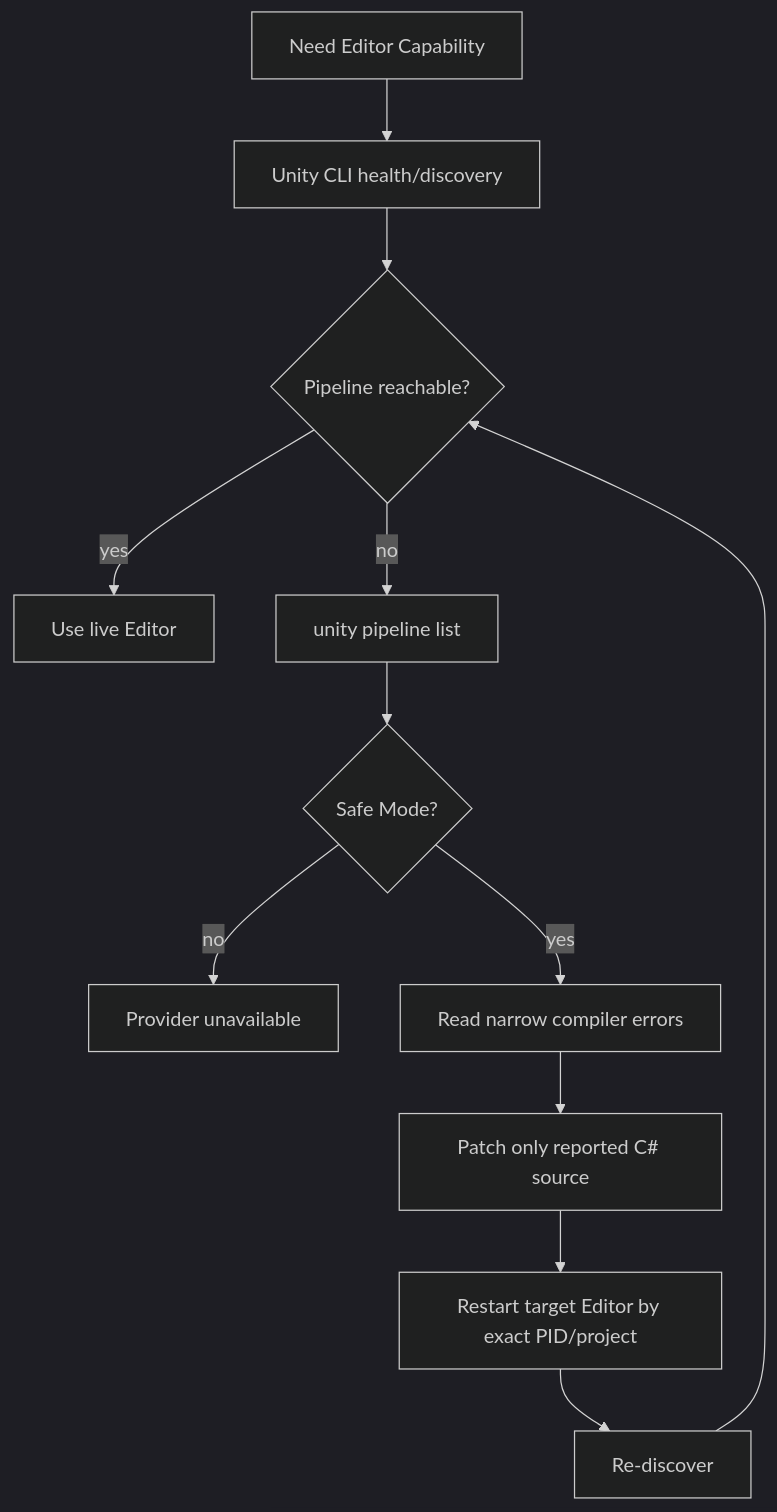
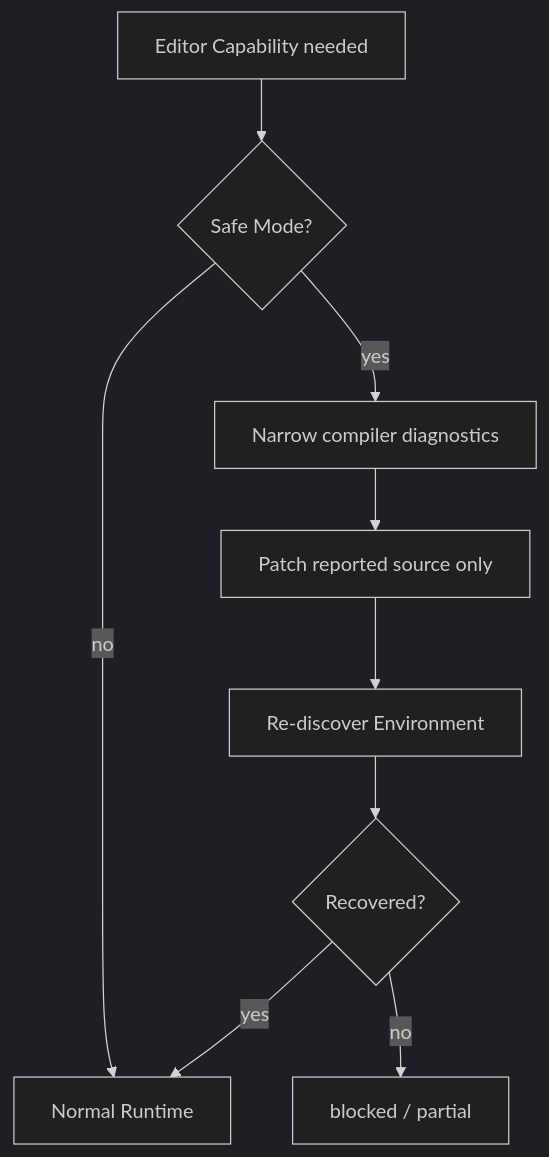
One commit to DarumaPPAP/UnityAgent changed the fifth of 5 diagrams in Specs/UnityToolRuntime.md. Above: the diagram before and after it, drawn with Mermaid (dark theme). The commit also changed other lines of this file and 32 other files, not shown here.

````diff
--- a/Specs/UnityToolRuntime.md
+++ b/Specs/UnityToolRuntime.md
@@ -480,14 +503,11 @@
 ```mermaid
 flowchart TD
-    A[Need Editor Capability] --> B[Unity CLI health/discovery]
-    B --> C{Pipeline reachable?}
-    C -->|yes| D[Use live Editor]
-    C -->|no| E[unity pipeline list]
-    E --> F{Safe Mode?}
-    F -->|no| G[Provider unavailable]
-    F -->|yes| H[Read narrow compiler errors]
-    H --> I[Patch only reported C# source]
-    I --> J[Restart target Editor by exact PID/project]
-    J --> K[Re-discover]
-    K --> C
+    A[Editor Capability needed] --> S{Safe Mode?}
+    S -->|no| N[Normal Runtime]
+    S -->|yes| D[Narrow compiler diagnostics]
+    D --> P[Patch reported source only]
+    P --> R[Re-discover Environment]
+    R --> X{Recovered?}
+    X -->|yes| N
+    X -->|no| B[blocked / partial]
 ```
````
